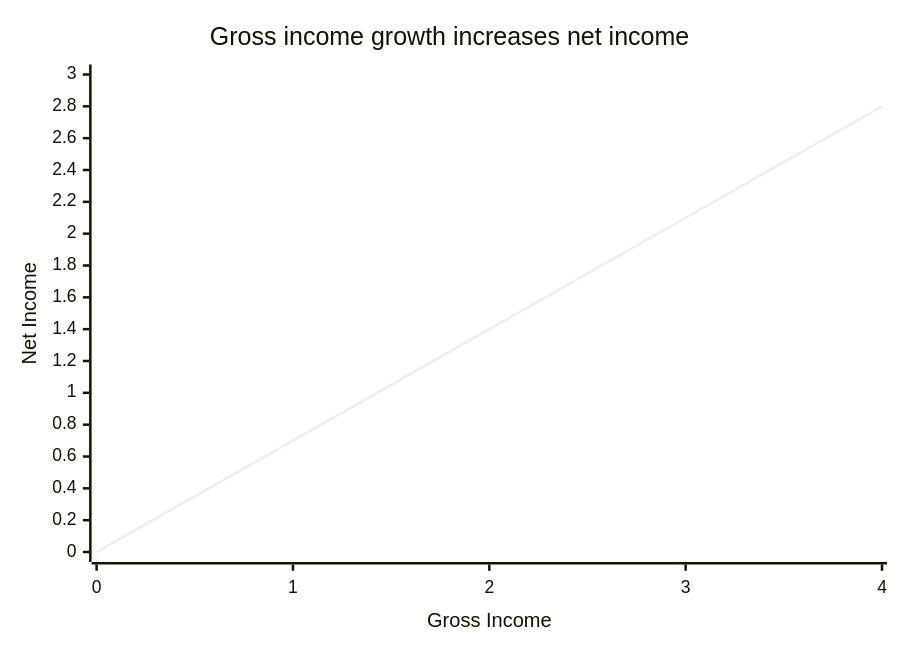
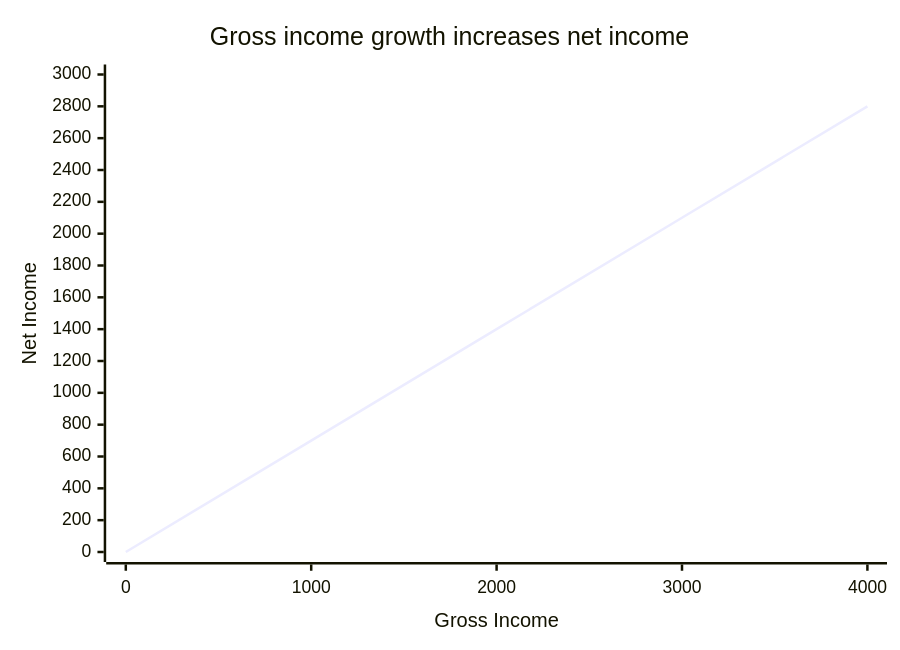
The second of 4 diagrams in notes/economy/justice.md (sergey-shandar/public), drawn with Mermaid before and after one commit. The commit also changed other lines of this file, not shown here.

````diff
--- a/notes/economy/justice.md
+++ b/notes/economy/justice.md
@@ -24,7 +24,7 @@
 ```mermaid
 xychart-beta
     title "Gross income growth increases net income"
-    x-axis "Gross Income" [0, 1, 2, 3, 4]
-    y-axis "Net Income" 0 --> 3
-    line [0, 0.7, 1.4, 2.1, 2.8]
+    x-axis "Gross Income" [0, 1000, 2000, 3000, 4000]
+    y-axis "Net Income" 0 --> 3000
+    line [0, 700, 1400, 2100, 2800]
 ```
````
